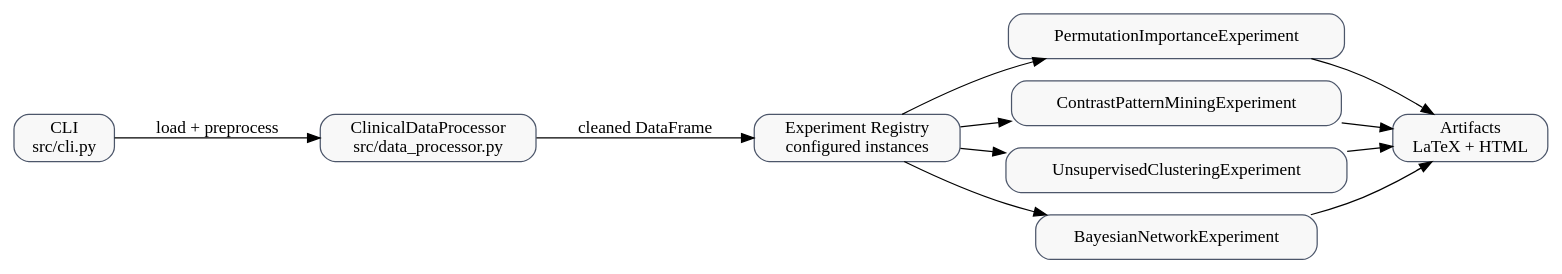
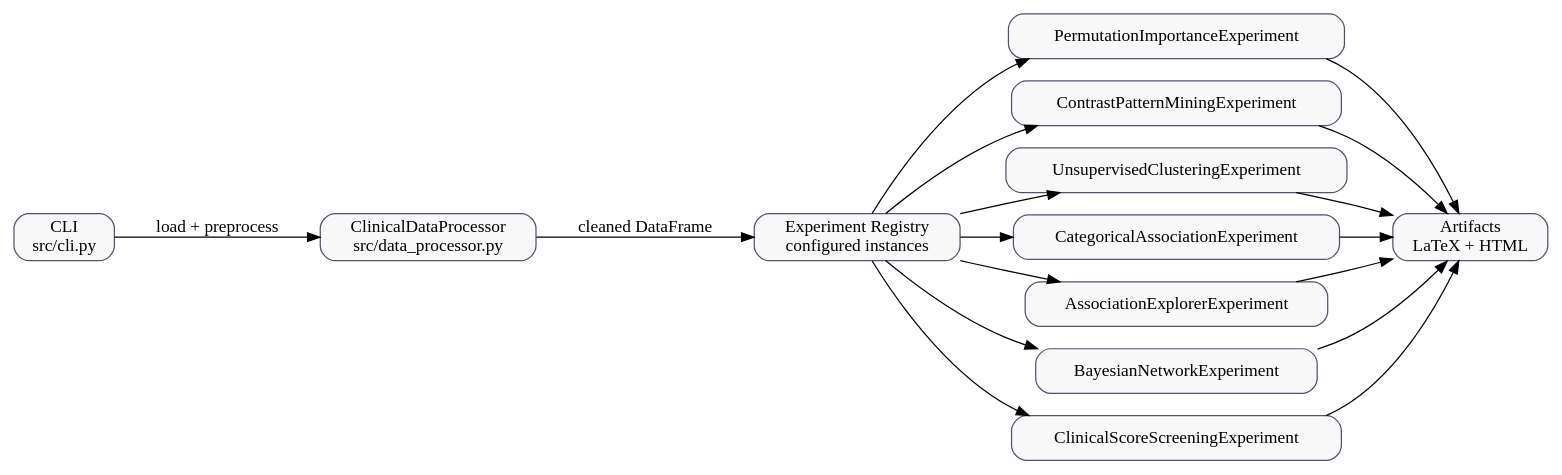
Before and after one commit to jordieres/thrombophilia-risk-mining: the first of 3 diagrams in docs/docs_source/architecture.rst, drawn with Graphviz. The commit also changed other lines of this file and 109 other files, not shown here.

```diff
--- a/docs/docs_source/architecture.rst
+++ b/docs/docs_source/architecture.rst
@@ -14,26 +14,35 @@
 .. graphviz::
 
    digraph system_overview {
        rankdir=LR;
        node [shape=box, style="rounded,filled", fillcolor="#F8F8F8", color="#4C566A"];
 
        cli [label="CLI\nsrc/cli.py"];
        processor [label="ClinicalDataProcessor\nsrc/data_processor.py"];
        registry [label="Experiment Registry\nconfigured instances"];
        perm [label="PermutationImportanceExperiment"];
        contrast [label="ContrastPatternMiningExperiment"];
        cluster [label="UnsupervisedClusteringExperiment"];
+       assoc [label="CategoricalAssociationExperiment"];
+       rules [label="AssociationExplorerExperiment"];
        bayes [label="BayesianNetworkExperiment"];
+       screen [label="ClinicalScoreScreeningExperiment"];
        outputs [label="Artifacts\nLaTeX + HTML"];
 
        cli -> processor [label="load + preprocess"];
        processor -> registry [label="cleaned DataFrame"];
        registry -> perm;
        registry -> contrast;
        registry -> cluster;
+       registry -> assoc;
+       registry -> rules;
        registry -> bayes;
+       registry -> screen;
        perm -> outputs;
        contrast -> outputs;
        cluster -> outputs;
+       assoc -> outputs;
+       rules -> outputs;
        bayes -> outputs;
+       screen -> outputs;
    }
```
